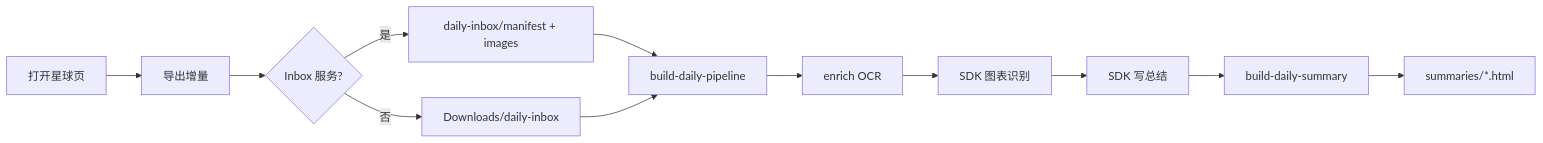
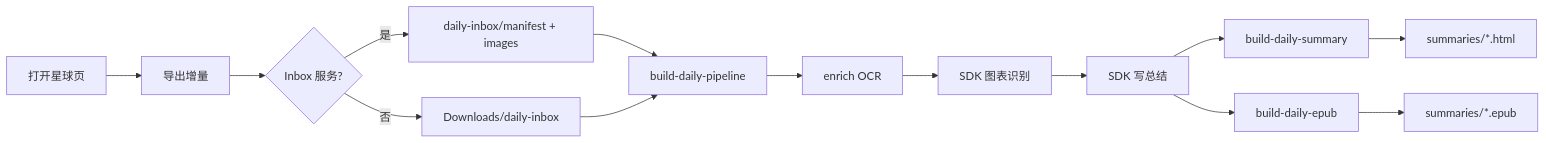
One commit to shijianzhiwai/ZSXQ-AI-Explainer changed the diagram in docs/DAILY-PIPELINE.md. Above: the diagram before and after it, drawn with Mermaid. The commit also changed other lines of this file and 10 other files, not shown here.

First line of the commit message:
Export daily summaries as reflowable EPUBs for e-ink readers.

````diff
--- a/docs/DAILY-PIPELINE.md
+++ b/docs/DAILY-PIPELINE.md
@@ -7,14 +7,16 @@
 ```mermaid
 flowchart LR
   A[打开星球页] --> B[导出增量]
   B --> C{Inbox 服务?}
   C -->|是| D[daily-inbox/manifest + images]
   C -->|否| D2[Downloads/daily-inbox]
   D --> E[build-daily-pipeline]
   D2 --> E
   E --> F[enrich OCR]
   F --> G[SDK 图表识别]
   G --> H[SDK 写总结]
   H --> I[build-daily-summary]
+  H --> K[build-daily-epub]
   I --> J[summaries/*.html]
+  K --> L[summaries/*.epub]
 ```
````
